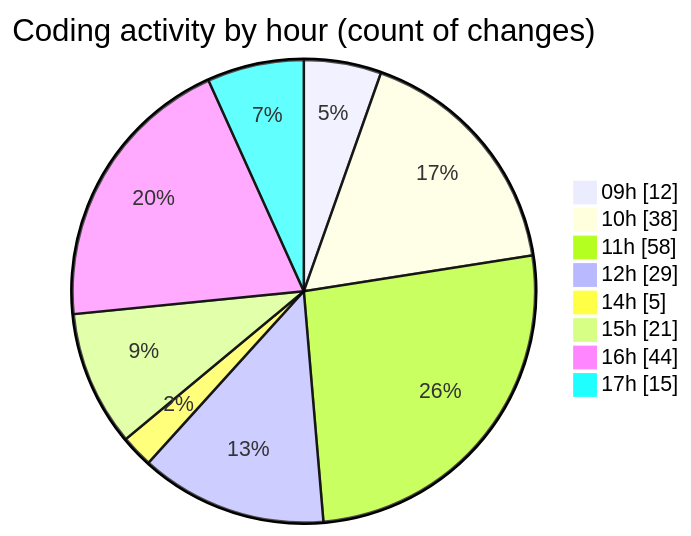
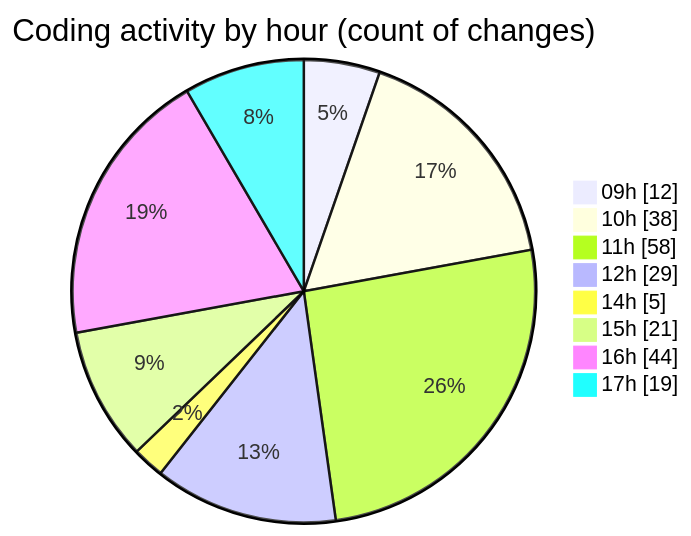
One commit to momahboobian/code-tracking changed the second of 2 diagrams in 2025-10-03/cda/README.md. Above: the diagram before and after it, drawn with Mermaid. The commit also changed other lines of this file and 1 other file, not shown here.

````diff
--- a/2025-10-03/cda/README.md
+++ b/2025-10-03/cda/README.md
@@ -42,12 +42,12 @@
 ```mermaid
 pie showData
 title Coding activity by hour (count of changes)
 "09h" : 12
 "10h" : 38
 "11h" : 58
 "12h" : 29
 "14h" : 5
 "15h" : 21
 "16h" : 44
-"17h" : 15
+"17h" : 19
 ```
````
